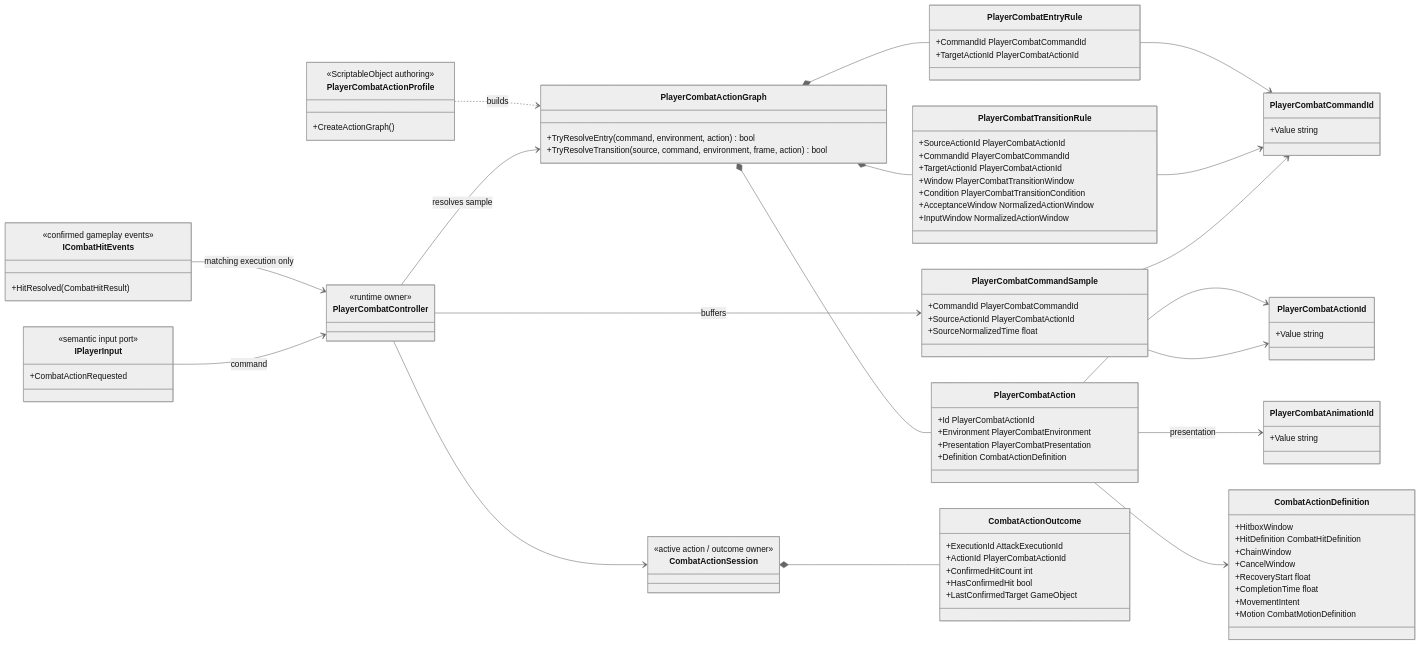
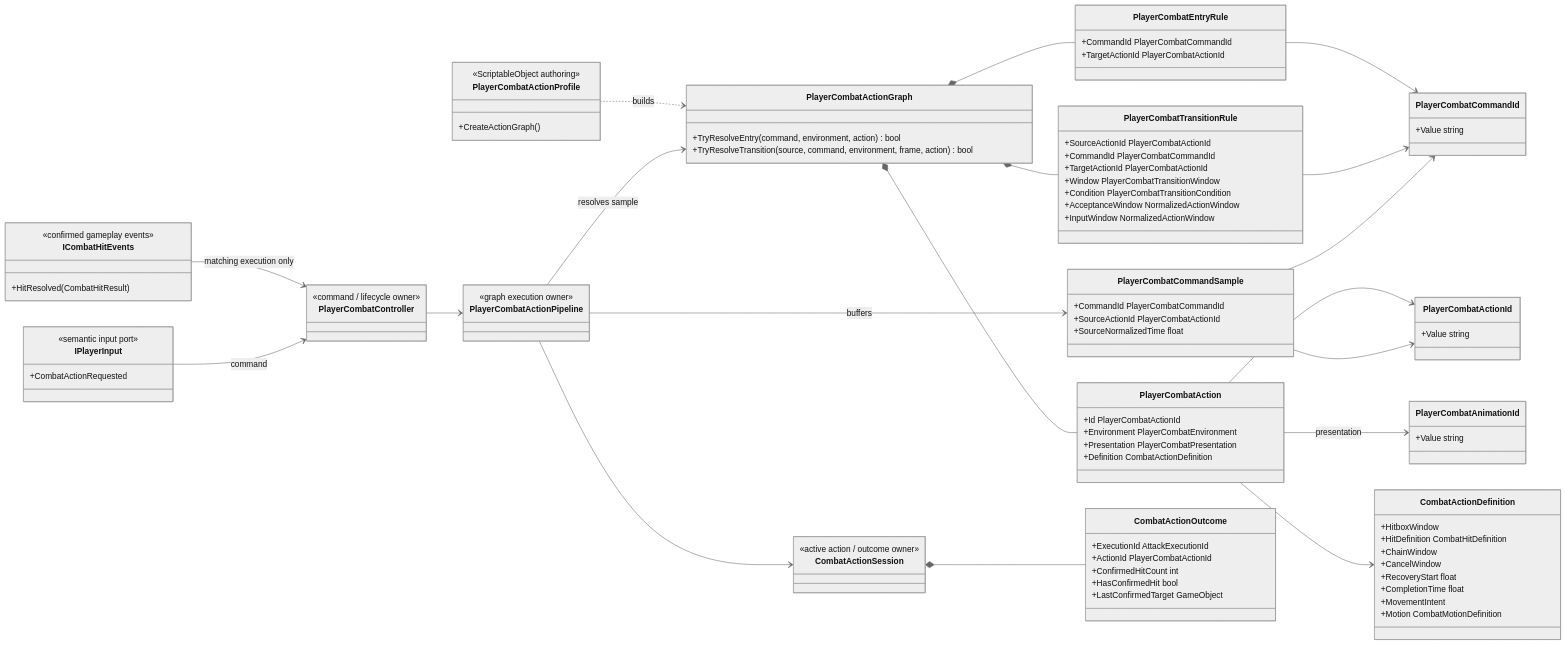
The diagram in Docs/Architecture/Combat.ActionModel.md (MaximFonariuc/project-s), drawn with Mermaid (neutral theme) before and after one commit. The commit also changed 13 other files, not shown here.

Commit message:
refactor(combat): extract action execution pipeline

````diff
--- a/Docs/Architecture/Combat.ActionModel.md
+++ b/Docs/Architecture/Combat.ActionModel.md
@@ -71,7 +71,10 @@
         +CreateActionGraph()
     }
     class PlayerCombatController {
-        <<runtime owner>>
+        <<command / lifecycle owner>>
+    }
+    class PlayerCombatActionPipeline {
+        <<graph execution owner>>
     }
     class CombatActionSession {
         <<active action / outcome owner>>
@@ -95,11 +98,12 @@
     PlayerCombatTransitionRule --> PlayerCombatCommandId
     PlayerCombatCommandSample --> PlayerCombatCommandId
     PlayerCombatCommandSample --> PlayerCombatActionId
-    PlayerCombatController --> CombatActionSession
+    PlayerCombatController --> PlayerCombatActionPipeline
+    PlayerCombatActionPipeline --> CombatActionSession
     CombatActionSession *-- CombatActionOutcome
     ICombatHitEvents --> PlayerCombatController : matching execution only
     PlayerCombatActionProfile ..> PlayerCombatActionGraph : builds
     IPlayerInput --> PlayerCombatController : command
-    PlayerCombatController --> PlayerCombatCommandSample : buffers
-    PlayerCombatController --> PlayerCombatActionGraph : resolves sample
+    PlayerCombatActionPipeline --> PlayerCombatCommandSample : buffers
+    PlayerCombatActionPipeline --> PlayerCombatActionGraph : resolves sample
 ```
````
